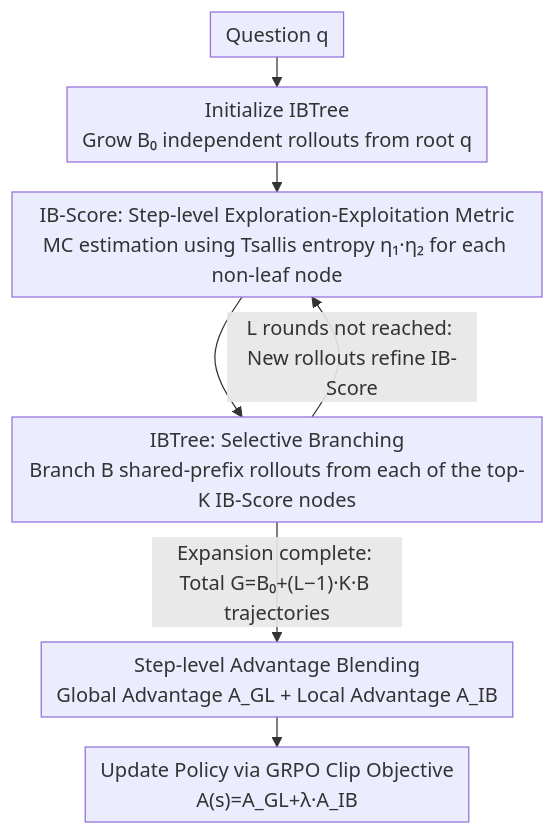
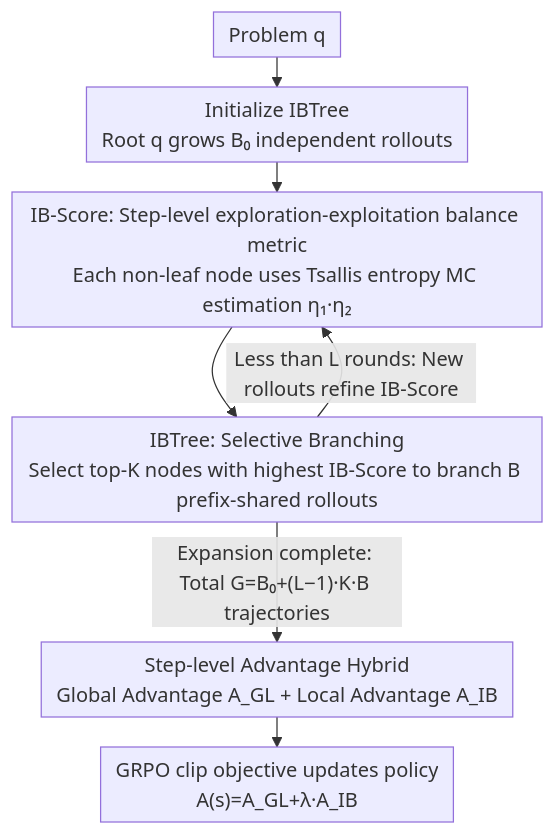
Before and after one commit to zhaoyang97/Paper-Notes-en: the diagram in docs/ICML2026/llm_alignment/long_live_the_balance_information_bottleneck_driven_tree-based_policy_optimizati.md, drawn with Mermaid. The commit also changed other lines of this file and 5084 other files, not shown here.

````diff
--- a/docs/ICML2026/llm_alignment/long_live_the_balance_information_bottleneck_driven_tree-based_policy_optimizati.md
+++ b/docs/ICML2026/llm_alignment/long_live_the_balance_information_bottleneck_driven_tree-based_policy_optimizati.md
@@ -43,10 +43,10 @@
 ```mermaid
 %%{init: {'flowchart': {'rankSpacing': 24, 'nodeSpacing': 28, 'padding': 6, 'wrappingWidth': 400}}}%%
 flowchart TD
-    Q["Question q"] --> INIT["Initialize IBTree<br/>Grow B₀ independent rollouts from root q"]
-    INIT --> SCORE["IB-Score: Step-level Exploration-Exploitation Metric<br/>MC estimation using Tsallis entropy η₁·η₂ for each non-leaf node"]
-    SCORE --> BRANCH["IBTree: Selective Branching<br/>Branch B shared-prefix rollouts from each of the top-K IB-Score nodes"]
-    BRANCH -->|"L rounds not reached: New rollouts refine IB-Score"| SCORE
-    BRANCH -->|"Expansion complete: Total G=B₀+(L−1)·K·B trajectories"| ADV["Step-level Advantage Blending<br/>Global Advantage A_GL + Local Advantage A_IB"]
-    ADV --> GRPO["Update Policy via GRPO Clip Objective<br/>A(s)=A_GL+λ·A_IB"]
+    Q["Problem q"] --> INIT["Initialize IBTree<br/>Root q grows B₀ independent rollouts"]
+    INIT --> SCORE["IB-Score: Step-level exploration-exploitation balance metric<br/>Each non-leaf node uses Tsallis entropy MC estimation η₁·η₂"]
+    SCORE --> BRANCH["IBTree: Selective Branching<br/>Select top-K nodes with highest IB-Score to branch B prefix-shared rollouts"]
+    BRANCH -->|"Less than L rounds: New rollouts refine IB-Score"| SCORE
+    BRANCH -->|"Expansion complete: Total G=B₀+(L−1)·K·B trajectories"| ADV["Step-level Advantage Hybrid<br/>Global Advantage A_GL + Local Advantage A_IB"]
+    ADV --> GRPO["GRPO clip objective updates policy<br/>A(s)=A_GL+λ·A_IB"]
 ```
````
